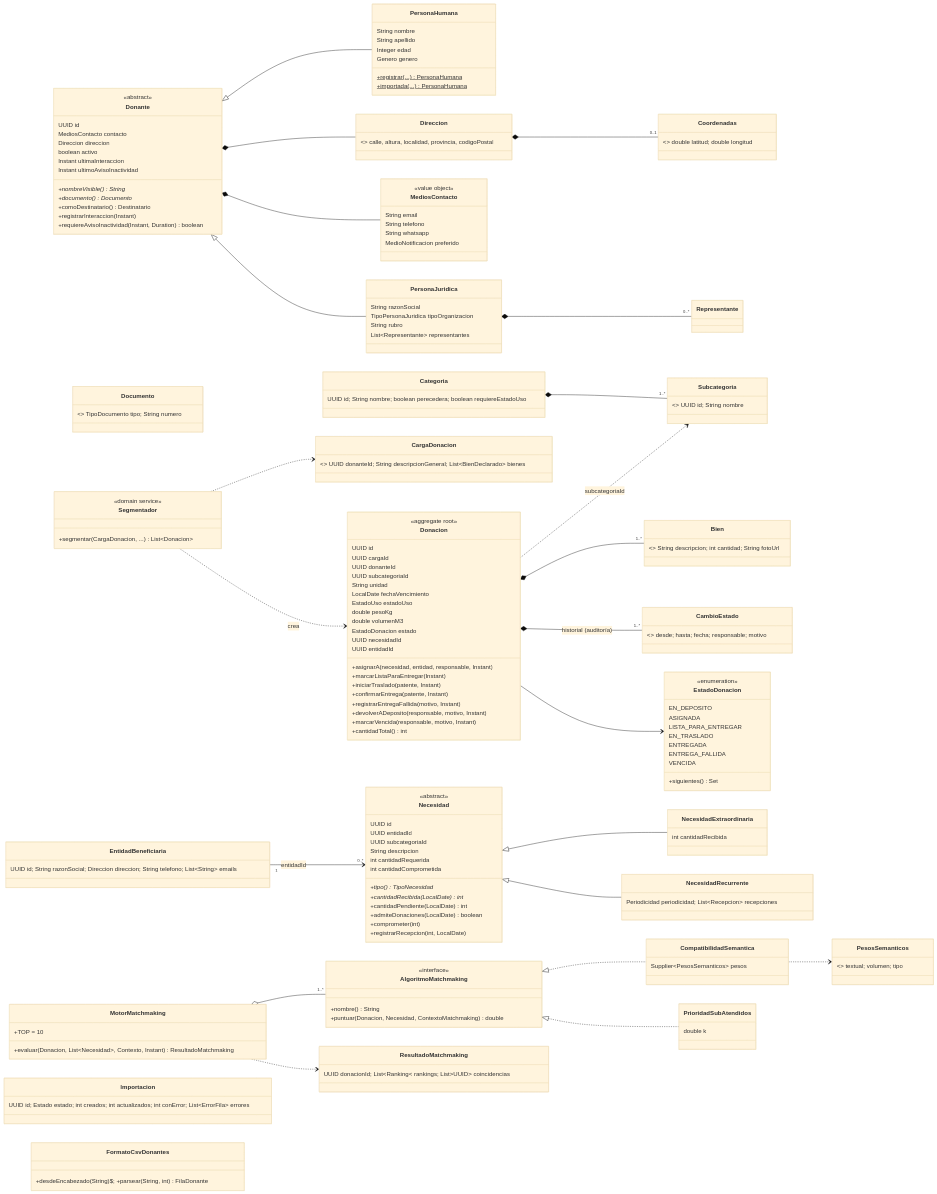
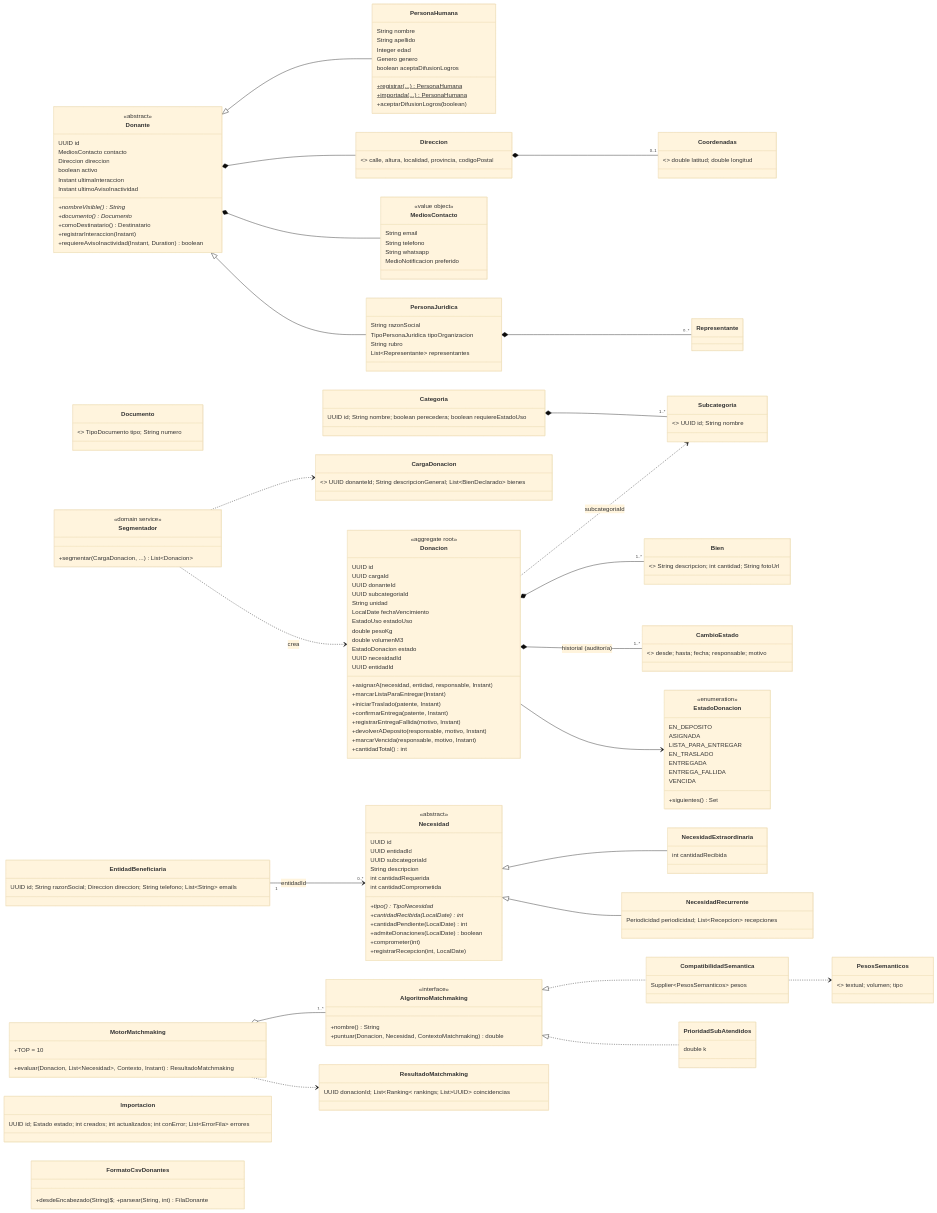
The first of 9 diagrams in docs/modelo-dominio.md (JoacoRubin/TP-DSI-2026), drawn with Mermaid (base theme) before and after one commit. The commit also changed other lines of this file and 3 other files, not shown here.

```diff
--- a/docs/modelo-dominio.md
+++ b/docs/modelo-dominio.md
@@ -29,8 +29,10 @@
   String apellido
   Integer edad
   Genero genero
+  boolean aceptaDifusionLogros
   +registrar(...)$ PersonaHumana
   +importada(...)$ PersonaHumana
+  +aceptarDifusionLogros(boolean)
 }
 class PersonaJuridica {
   String razonSocial
```
